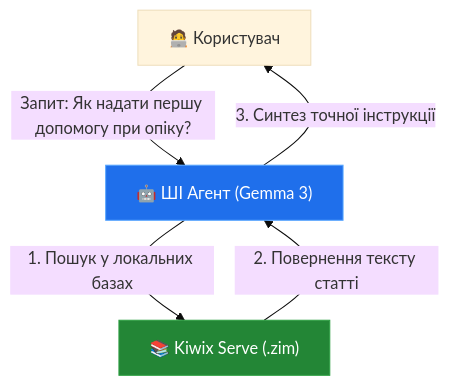
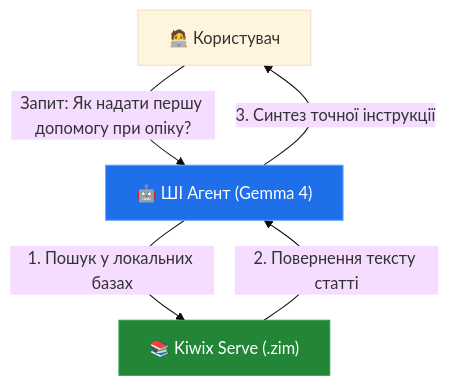
One commit to weby-homelab/AI-HOMELAB changed the diagram in docs/research/nomad-odysseus-analysis.md. Above: the diagram before and after it, drawn with Mermaid (base theme). The commit also changed other lines of this file and 9 other files, not shown here.

````diff
--- a/docs/research/nomad-odysseus-analysis.md
+++ b/docs/research/nomad-odysseus-analysis.md
@@ -69,10 +69,10 @@
 ```mermaid
 flowchart TD
-    USER["🧑‍💻 Користувач"] -->|Запит: Як надати першу допомогу при опіку?| AGENT["🤖 ШІ Агент (Gemma 3)"]
+    USER["🧑‍💻 Користувач"] -->|Запит: Як надати першу допомогу при опіку?| AGENT["🤖 ШІ Агент (Gemma 4)"]
     AGENT -->|1. Пошук у локальних базах| KIWIX["📚 Kiwix Serve (.zim)"]
     KIWIX -->|2. Повернення тексту статті| AGENT
     AGENT -->|3. Синтез точної інструкції| USER
 
     style AGENT fill:#1f6feb,stroke:#58a6ff,color:#ffffff
     style KIWIX fill:#238636,stroke:#2ea043,color:#ffffff
 ```
````
